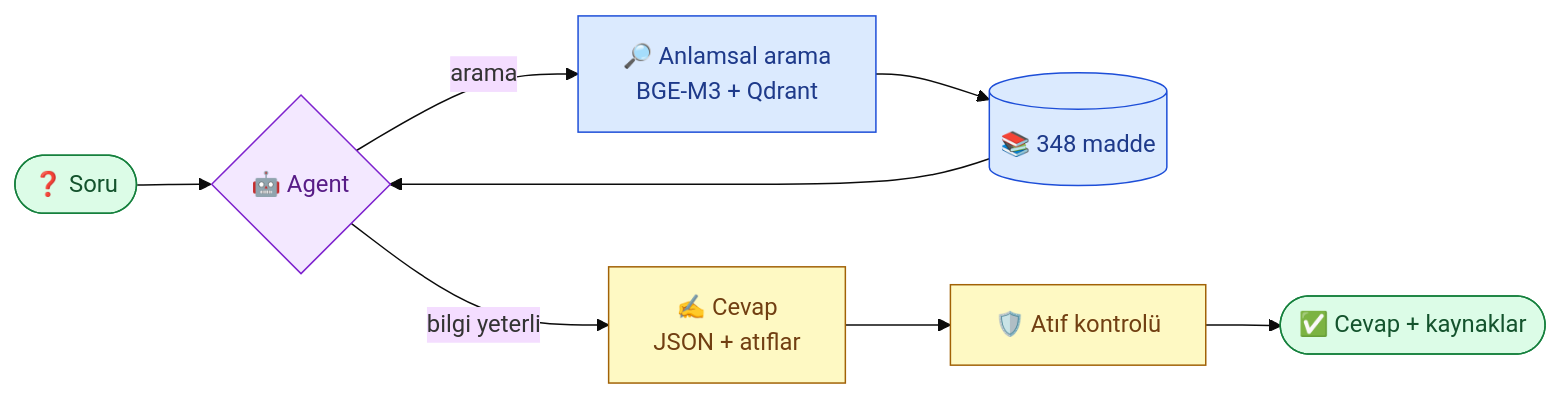
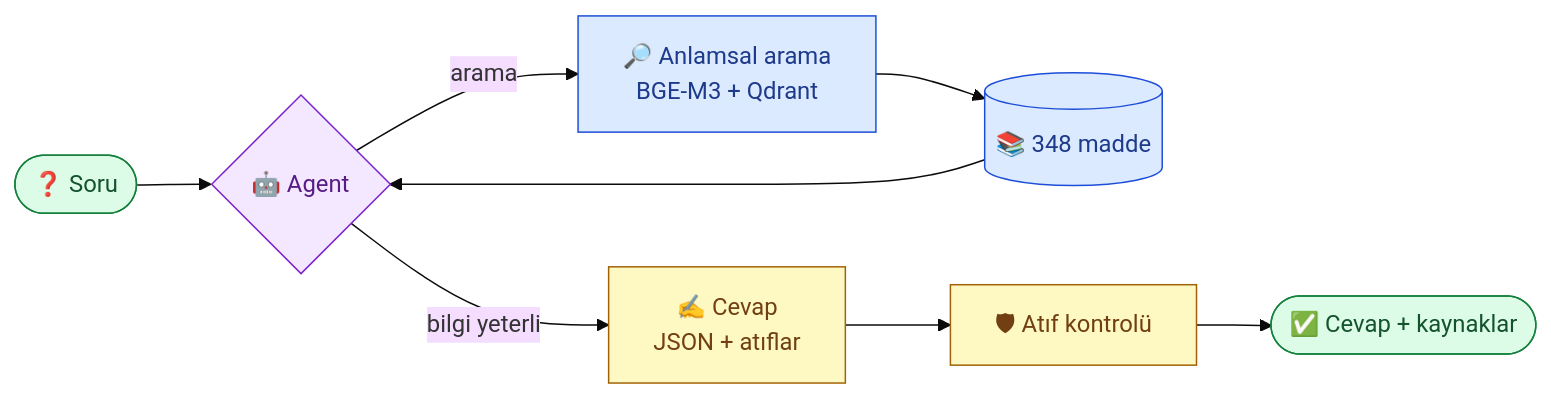
One commit to hoscahmet/turkish-legal-assistant changed the diagram in README.tr.md. Above: the diagram before and after it, drawn with Mermaid (base theme). The commit also changed 1 other file, not shown here.

Commit message:
Quote Mermaid labels so GitHub can render the diagram

````diff
--- a/README.tr.md
+++ b/README.tr.md
@@ -45,19 +45,19 @@
 ```mermaid
 flowchart LR
-    Q([❓ Soru]) --> A{🤖 Agent}
-    A -- arama --> S[🔎 Anlamsal arama<br/>BGE-M3 + Qdrant]
-    S --> D[(📚 348 madde)]
+    Q(["❓ Soru"]) --> A{"🤖 Agent"}
+    A -- arama --> S["🔎 Anlamsal arama<br/>BGE-M3 + Qdrant"]
+    S --> D[("📚 348 madde")]
     D --> A
-    A -- bilgi yeterli --> R[✍️ Cevap<br/>JSON + atıflar]
-    R --> G[🛡️ Atıf kontrolü]
-    G --> OUT([✅ Cevap + kaynaklar])
+    A -- bilgi yeterli --> R["✍ Cevap<br/>JSON + atıflar"]
+    R --> G["🛡 Atıf kontrolü"]
+    G --> OUT(["✅ Cevap + kaynaklar"])
 
     classDef blue fill:#dbeafe,stroke:#1d4ed8,color:#1e3a8a
     classDef green fill:#dcfce7,stroke:#15803d,color:#14532d
     classDef yellow fill:#fef9c3,stroke:#a16207,color:#713f12
     classDef purple fill:#f3e8ff,stroke:#7e22ce,color:#581c87
     class Q,OUT green
     class A purple
     class S,D blue
     class R,G yellow
 ```
````
